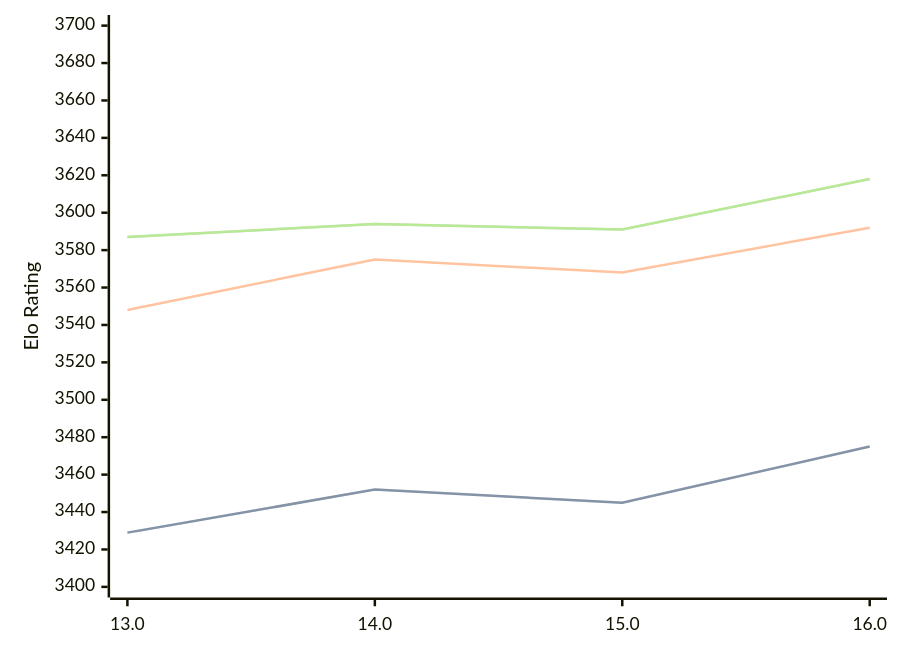
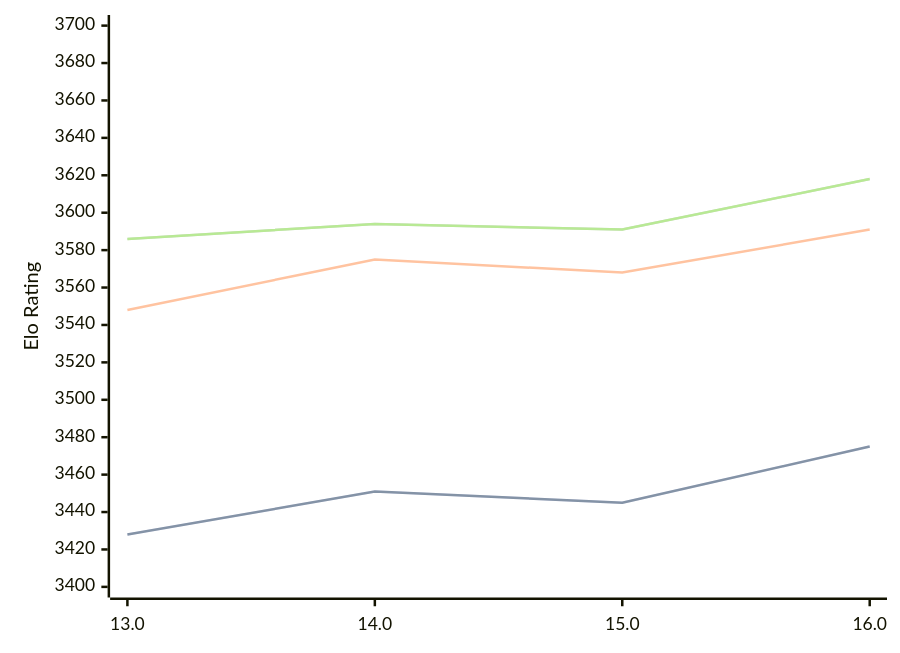
Before and after one commit to computer-chess-index/cci: the diagram in engines/Obsidian.md, drawn with Mermaid. The commit also changed other lines of this file, not shown here.

Commit message:
Update CCI Ratings (ELO VLTC) - 2026-03-15

````diff
--- a/engines/Obsidian.md
+++ b/engines/Obsidian.md
@@ -41,11 +41,11 @@
 ```mermaid
 %%{init: {"theme":"base","themeVariables":{"seriesColors:['#a3a3a3','#222221','#faa371']}}}%%
 xychart-beta
   x-axis ["13.0", "14.0", "15.0", "16.0"]
   y-axis "Elo Rating" 3400 --> 3700
-  line "STC (8.0+0.08s)" [3429, 3452, 3445, 3475]
-  line "STC (8.0+0.08s)" [3429, 3452, 3445, 3475]
-  line "LTC (60.0+0.60s)" [3548, 3575, 3568, 3592]
-  line "VLTC (2m24s+1.12s)" [3587, 3594, 3591, 3618]
-  line "VLTC (2m24s+1.12s)" [3587, 3594, 3591, 3618]
+  line "STC (8.0+0.08s)" [3428, 3451, 3445, 3475]
+  line "STC (8.0+0.08s)" [3428, 3451, 3445, 3475]
+  line "LTC (60.0+0.60s)" [3548, 3575, 3568, 3591]
+  line "VLTC (2m24s+1.12s)" [3586, 3594, 3591, 3618]
+  line "VLTC (2m24s+1.12s)" [3586, 3594, 3591, 3618]
 ```
````
